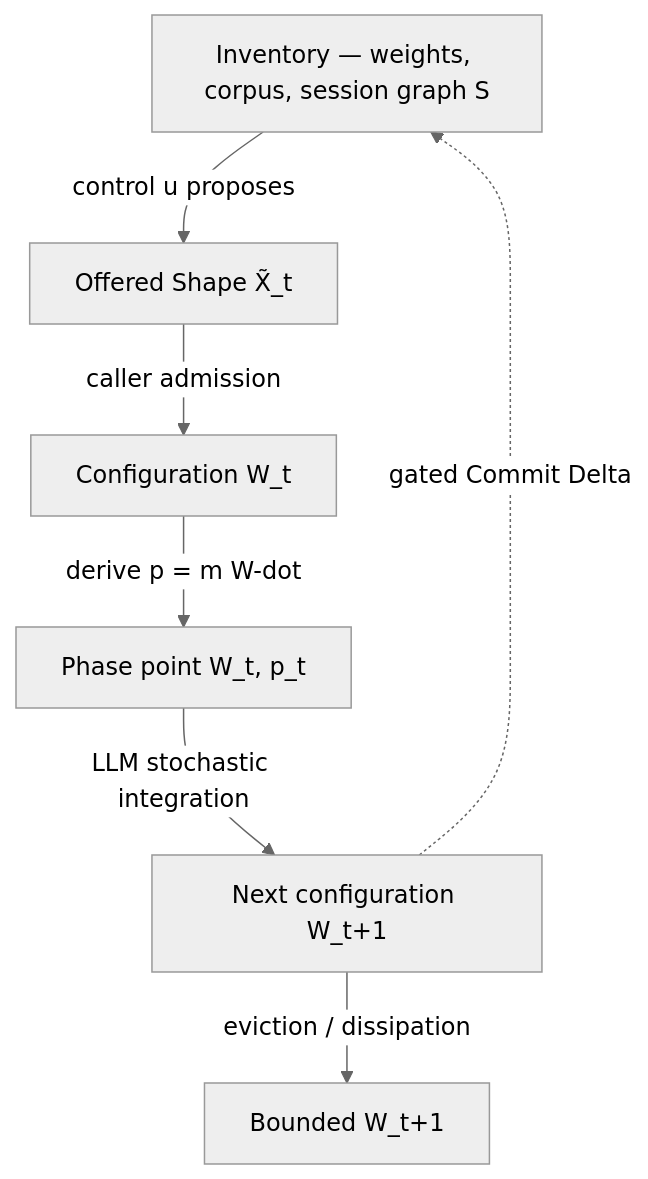
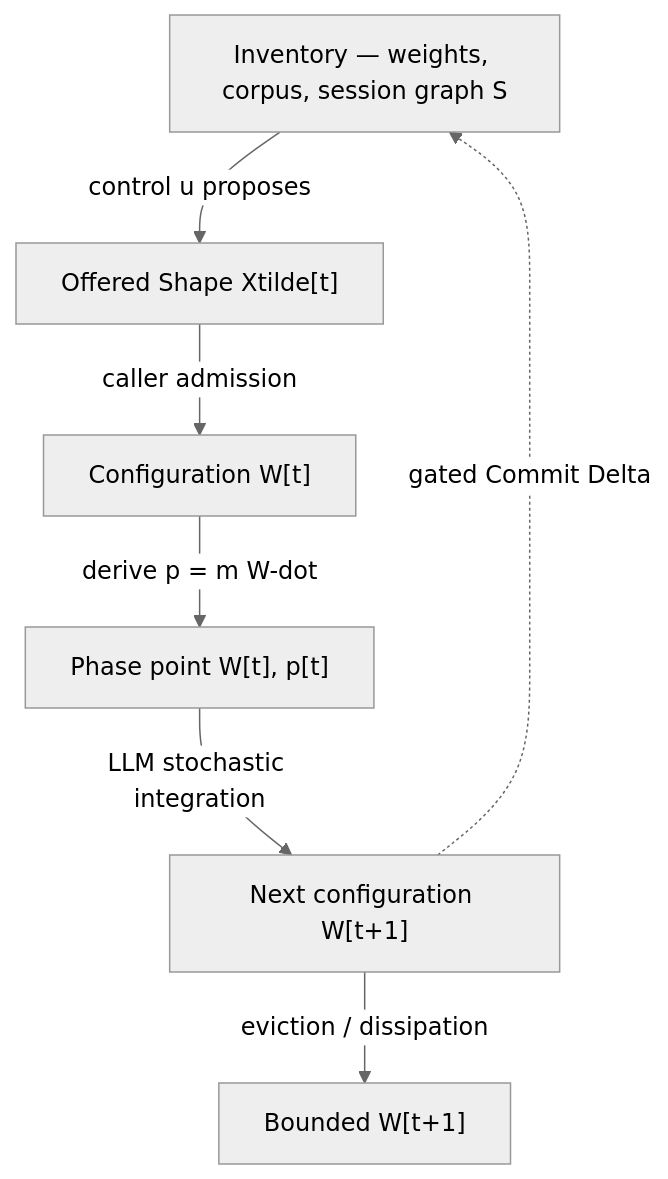
Before and after one commit to chouswei/llm-stm-mechanics: the diagram in thesis/analytical-mechanics-of-llm-stm.md, drawn with Mermaid (neutral theme). The commit also changed other lines of this file and 13 other files, not shown here.

````diff
--- a/thesis/analytical-mechanics-of-llm-stm.md
+++ b/thesis/analytical-mechanics-of-llm-stm.md
@@ -277,9 +277,9 @@
 ```mermaid
 flowchart TD
-    I["Inventory — weights, corpus, session graph S"] -->|"control u proposes"| X["Offered Shape X̃_t"]
-    X -->|"caller admission"| W["Configuration W_t"]
-    W -->|"derive p = m W-dot"| P["Phase point W_t, p_t"]
-    P -->|"LLM stochastic integration"| Nxt["Next configuration W_t+1"]
-    Nxt -->|"eviction / dissipation"| E["Bounded W_t+1"]
+    I["Inventory — weights, corpus, session graph S"] -->|"control u proposes"| X["Offered Shape Xtilde[t]"]
+    X -->|"caller admission"| W["Configuration W[t]"]
+    W -->|"derive p = m W-dot"| P["Phase point W[t], p[t]"]
+    P -->|"LLM stochastic integration"| Nxt["Next configuration W[t+1]"]
+    Nxt -->|"eviction / dissipation"| E["Bounded W[t+1]"]
     Nxt -.->|"gated Commit Delta"| I
 ```
````
